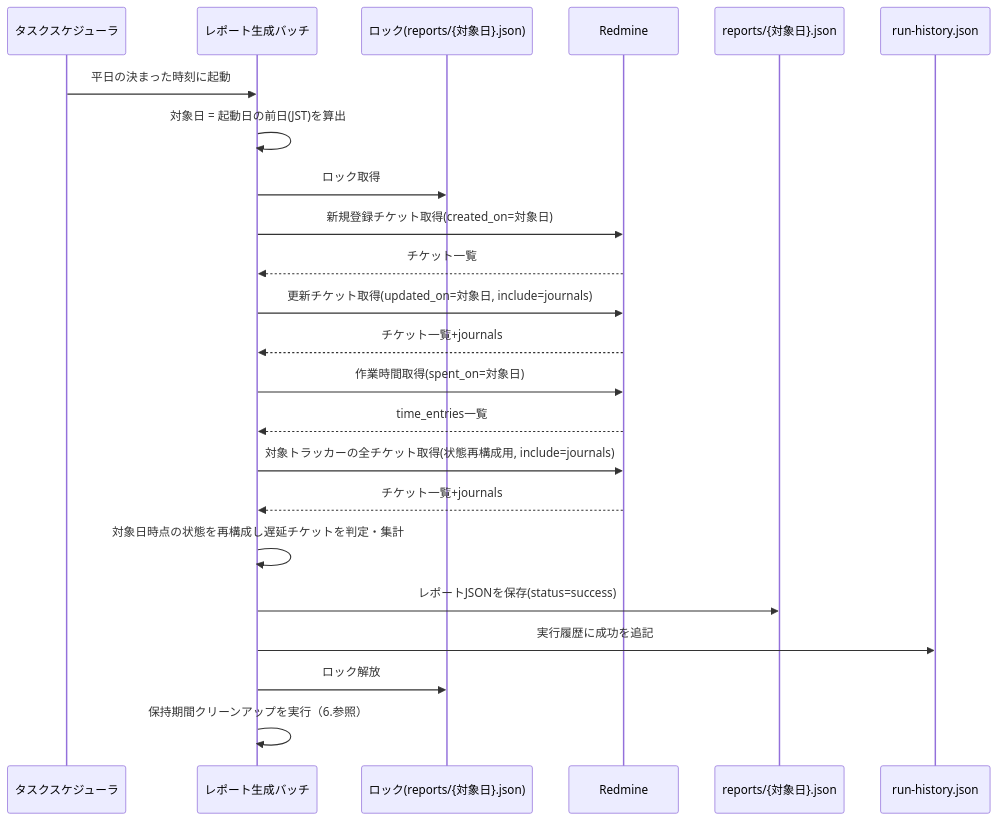
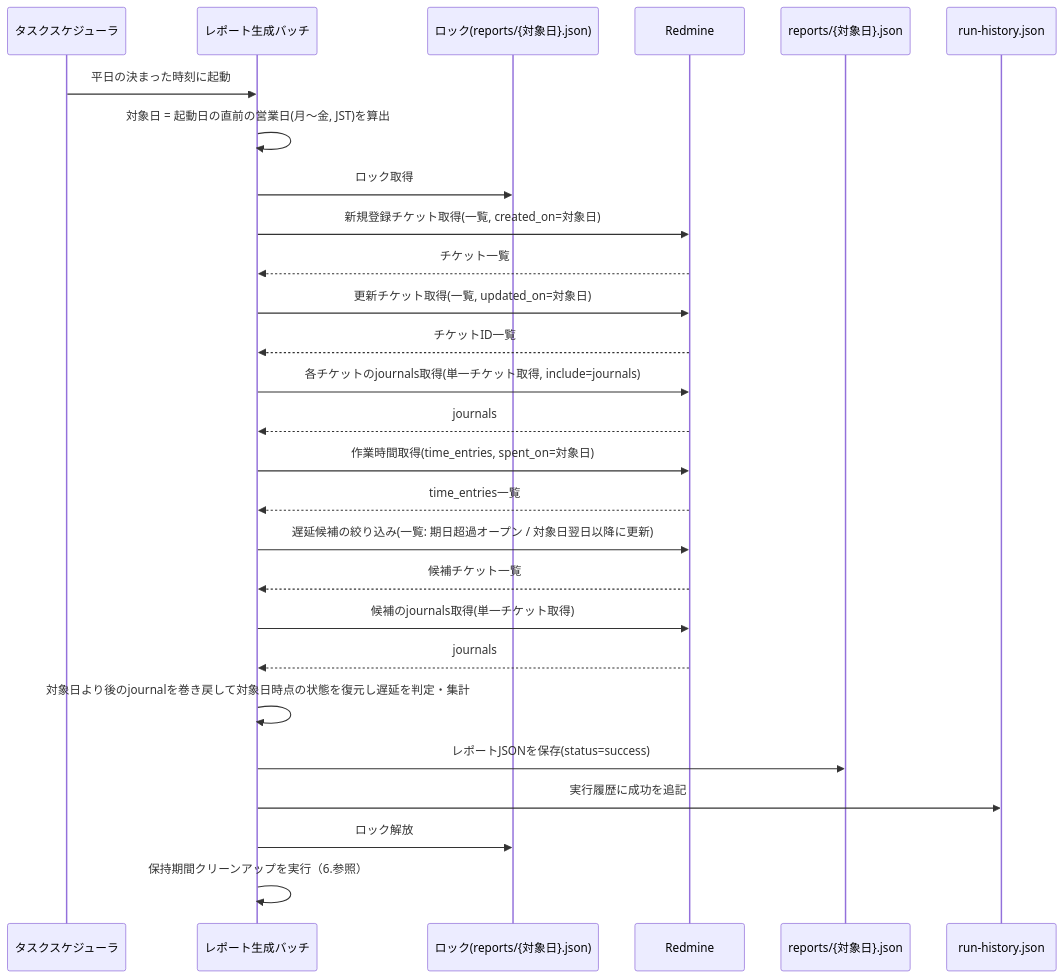
The first of 7 diagrams in docs/design/sequence.md (theta1211/Redmine-pm-report), drawn with Mermaid before and after one commit. The commit also changed other lines of this file, not shown here.

Commit message:
docs: シーケンス図を新しい取得方式（journals個別取得・候補絞り込み）に更新

````diff
--- a/docs/design/sequence.md
+++ b/docs/design/sequence.md
@@ -4,26 +4,30 @@
 ```mermaid
 sequenceDiagram
     participant S as タスクスケジューラ
     participant B as レポート生成バッチ
     participant L as ロック(reports/{対象日}.json)
     participant R as Redmine
     participant F as reports/{対象日}.json
     participant H as run-history.json
 
     S->>B: 平日の決まった時刻に起動
-    B->>B: 対象日 = 起動日の前日(JST)を算出
+    B->>B: 対象日 = 起動日の直前の営業日(月〜金, JST)を算出
     B->>L: ロック取得
-    B->>R: 新規登録チケット取得(created_on=対象日)
+    B->>R: 新規登録チケット取得(一覧, created_on=対象日)
     R-->>B: チケット一覧
-    B->>R: 更新チケット取得(updated_on=対象日, include=journals)
-    R-->>B: チケット一覧+journals
-    B->>R: 作業時間取得(spent_on=対象日)
+    B->>R: 更新チケット取得(一覧, updated_on=対象日)
+    R-->>B: チケットID一覧
+    B->>R: 各チケットのjournals取得(単一チケット取得, include=journals)
+    R-->>B: journals
+    B->>R: 作業時間取得(time_entries, spent_on=対象日)
     R-->>B: time_entries一覧
-    B->>R: 対象トラッカーの全チケット取得(状態再構成用, include=journals)
-    R-->>B: チケット一覧+journals
-    B->>B: 対象日時点の状態を再構成し遅延チケットを判定・集計
+    B->>R: 遅延候補の絞り込み(一覧: 期日超過オープン / 対象日翌日以降に更新)
+    R-->>B: 候補チケット一覧
+    B->>R: 候補のjournals取得(単一チケット取得)
+    R-->>B: journals
+    B->>B: 対象日より後のjournalを巻き戻して対象日時点の状態を復元し遅延を判定・集計
     B->>F: レポートJSONを保存(status=success)
     B->>H: 実行履歴に成功を追記
     B->>L: ロック解放
     B->>B: 保持期間クリーンアップを実行（6.参照）
 ```
````
